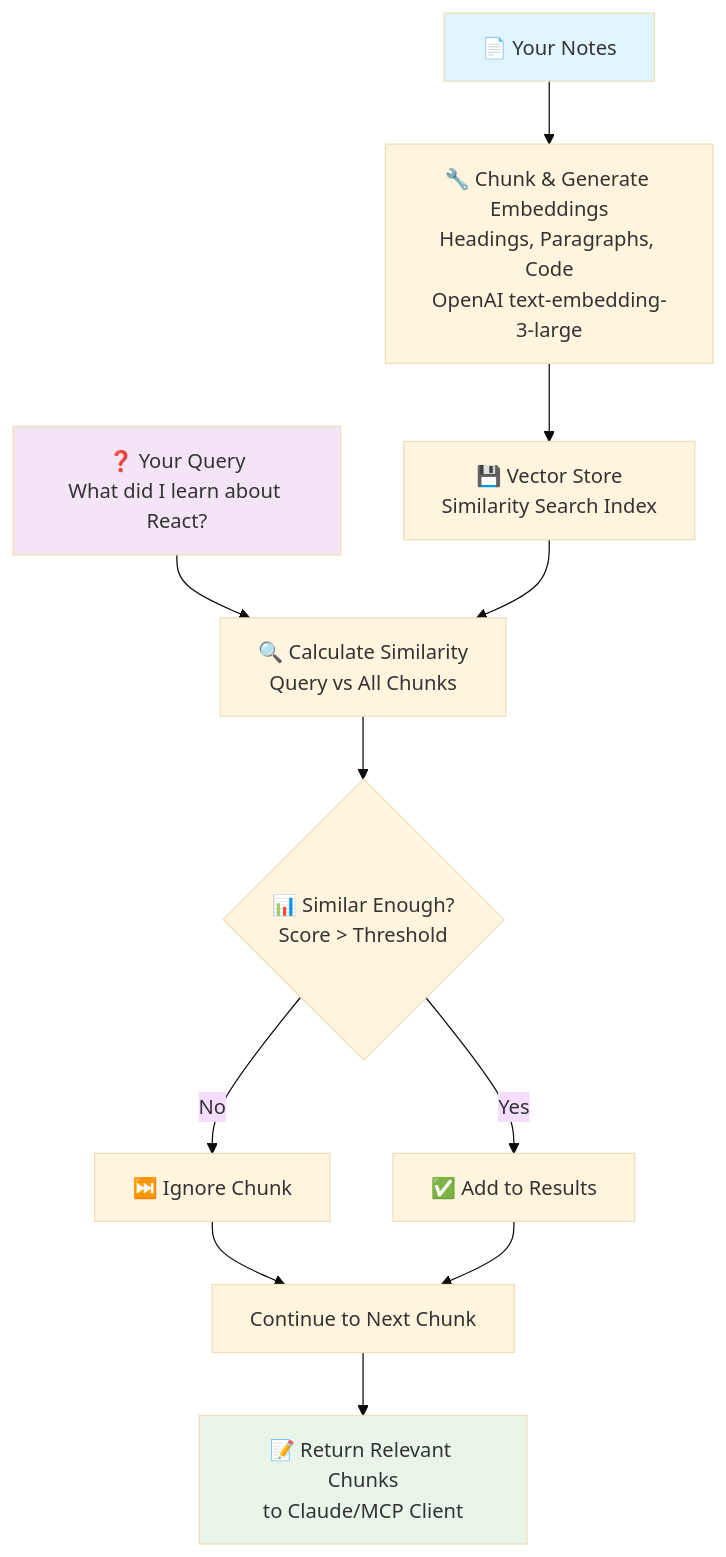
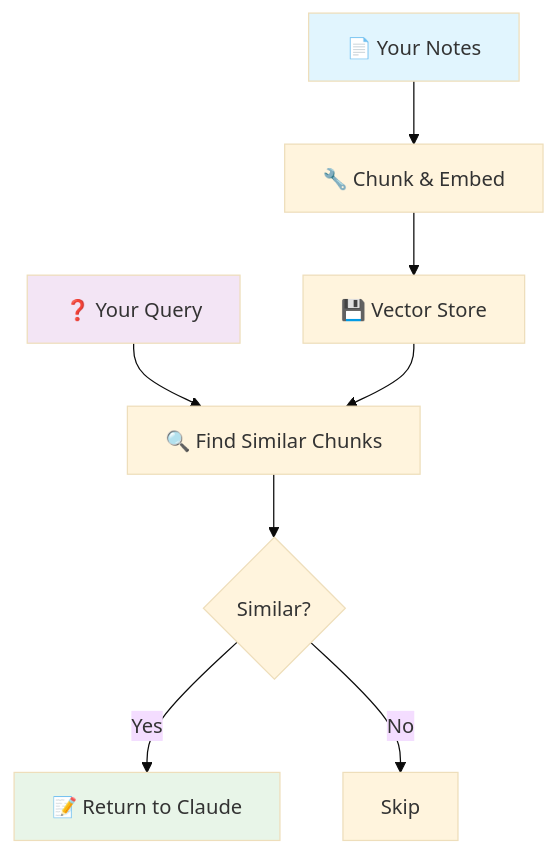
Before and after one commit to samleeney/brain: the diagram in README.md, drawn with Mermaid (base theme). The commit also changed other lines of this file, not shown here.

Commit message:
Simplify mermaid diagram for better clarity
- Remove dual diagrams, keep single simplified workflow
- Use concise labels: "Chunk & Embed", "Find Similar Chunks", "Similar?"
- Clean visual presentation without overwhelming technical details
- Focus on core concept: Notes → Processing → Query → Results

🤖 Generated with [Claude Code](https://claude.ai/code)

````diff
--- a/README.md
+++ b/README.md
@@ -23,20 +9,16 @@
 ```mermaid
 flowchart TD
-    A[📄 Your Notes] --> B[🔧 Chunk & Generate Embeddings<br/>Headings, Paragraphs, Code<br/>OpenAI text-embedding-3-large]
-    B --> C[💾 Vector Store<br/>Similarity Search Index]
+    A[📄 Your Notes] --> B[🔧 Chunk & Embed]
+    B --> C[💾 Vector Store]
     
-    D[❓ Your Query<br/>What did I learn about React?] --> E[🔍 Calculate Similarity<br/>Query vs All Chunks]
+    D[❓ Your Query] --> E[🔍 Find Similar Chunks]
     C --> E
     
-    E --> F{📊 Similar Enough?<br/>Score > Threshold}
-    F -->|No| G[⏭️ Ignore Chunk]
-    F -->|Yes| H[✅ Add to Results]
-    
-    G --> I[Continue to Next Chunk]
-    H --> I
-    I --> J[📝 Return Relevant Chunks<br/>to Claude/MCP Client]
+    E --> F{Similar?}
+    F -->|Yes| G[📝 Return to Claude]
+    F -->|No| H[Skip]
     
     style A fill:#e1f5fe
     style D fill:#f3e5f5
-    style J fill:#e8f5e8
+    style G fill:#e8f5e8
 ```
````
